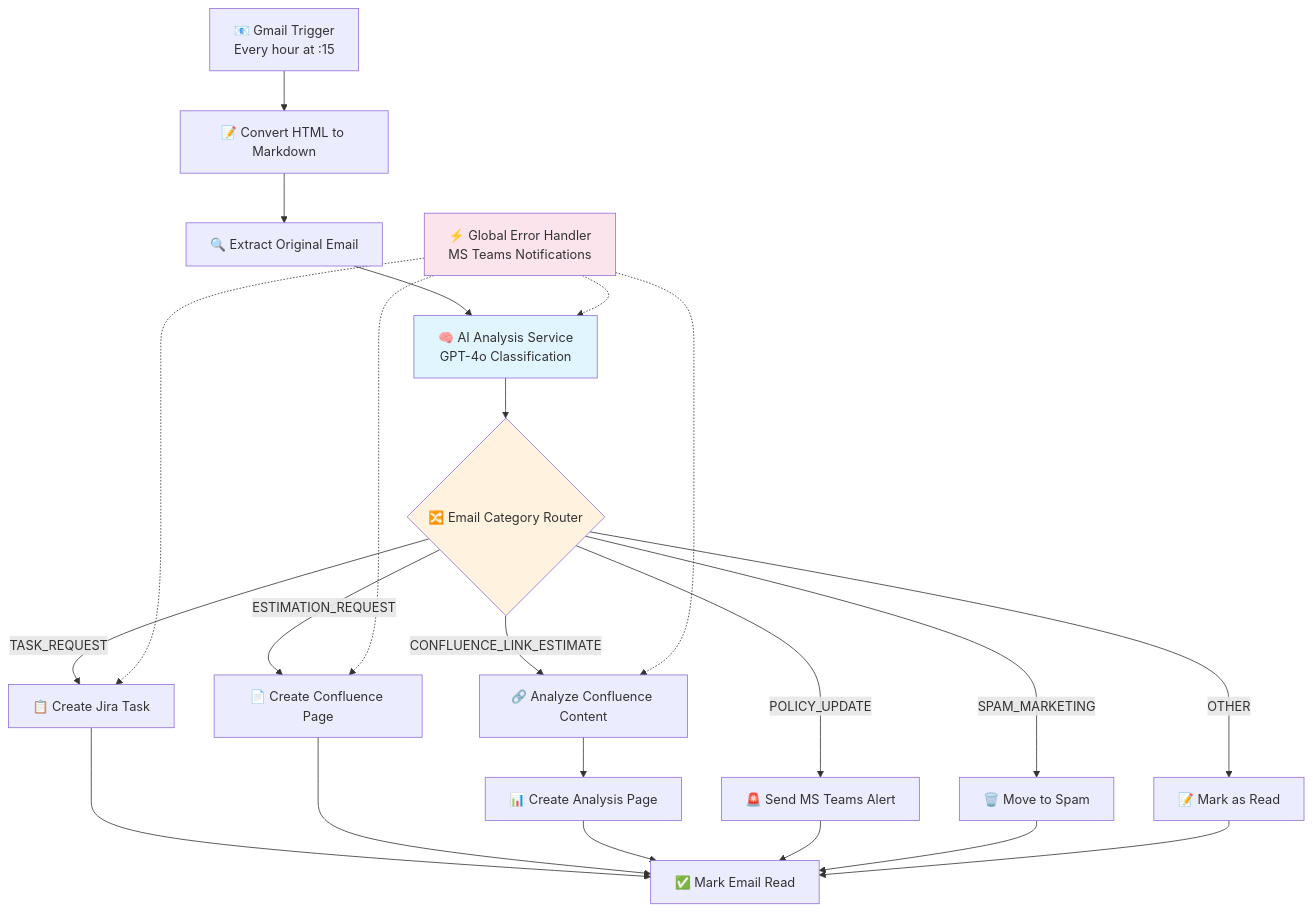
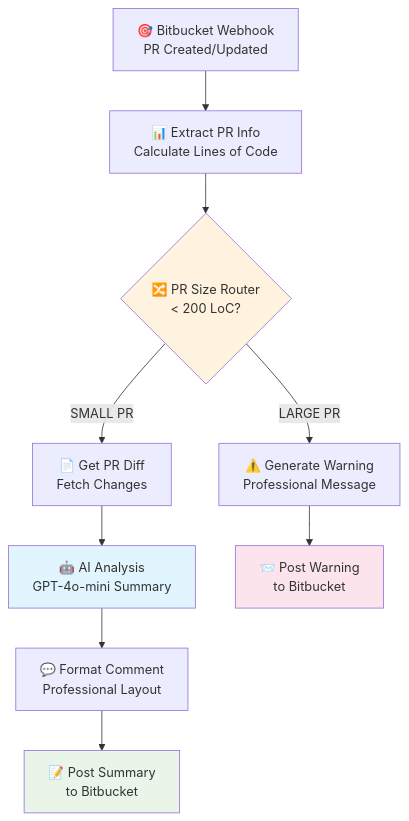
One commit to james-soxes/pr-review-bitbucket changed the diagram in README.md. Above: the diagram before and after it, drawn with Mermaid. The commit also changed other lines of this file and 29 other files, not shown here.

First line of the commit message:
🧹 Major cleanup: Focus project on Bitbucket Code Review Assistant

````diff
--- a/README.md
+++ b/README.md
@@ -16,31 +37,19 @@
 ```mermaid
 graph TB
-    A[📧 Gmail Trigger<br/>Every hour at :15] --> B[📝 Convert HTML to Markdown]
-    B --> C[🔍 Extract Original Email]
-    C --> D[🧠 AI Analysis Service<br/>GPT-4o Classification]
+    A[🎯 Bitbucket Webhook<br/>PR Created/Updated] --> B[📊 Extract PR Info<br/>Calculate Lines of Code]
+    B --> C{🔀 PR Size Router<br/>< 200 LoC?}
     
-    D --> E{🔀 Email Category Router}
+    C -->|SMALL PR| D[📄 Get PR Diff<br/>Fetch Changes]
+    C -->|LARGE PR| E[⚠️ Generate Warning<br/>Professional Message]
     
-    E -->|TASK_REQUEST| F[📋 Create Jira Task]
-    E -->|ESTIMATION_REQUEST| G[📄 Create Confluence Page]
-    E -->|CONFLUENCE_LINK_ESTIMATE| H[🔗 Analyze Confluence Content]
-    E -->|POLICY_UPDATE| I[🚨 Send MS Teams Alert]
-    E -->|SPAM_MARKETING| J[🗑️ Move to Spam]
-    E -->|OTHER| K[📝 Mark as Read]
+    D --> F[🤖 AI Analysis<br/>GPT-4o-mini Summary]
+    F --> G[💬 Format Comment<br/>Professional Layout]
+    G --> H[📝 Post Summary<br/>to Bitbucket]
     
-    F --> L[✅ Mark Email Read]
-    G --> L
-    H --> M[📊 Create Analysis Page] --> L
-    I --> L
-    J --> L
-    K --> L
+    E --> I[📨 Post Warning<br/>to Bitbucket]
     
-    N[⚡ Global Error Handler<br/>MS Teams Notifications] -.-> D
-    N -.-> F
-    N -.-> G
-    N -.-> H
-    
-    style D fill:#e1f5fe
-    style E fill:#fff3e0
-    style N fill:#fce4ec
+    style C fill:#fff3e0
+    style F fill:#e1f5fe
+    style H fill:#e8f5e8
+    style I fill:#fce4ec
 ```
````
